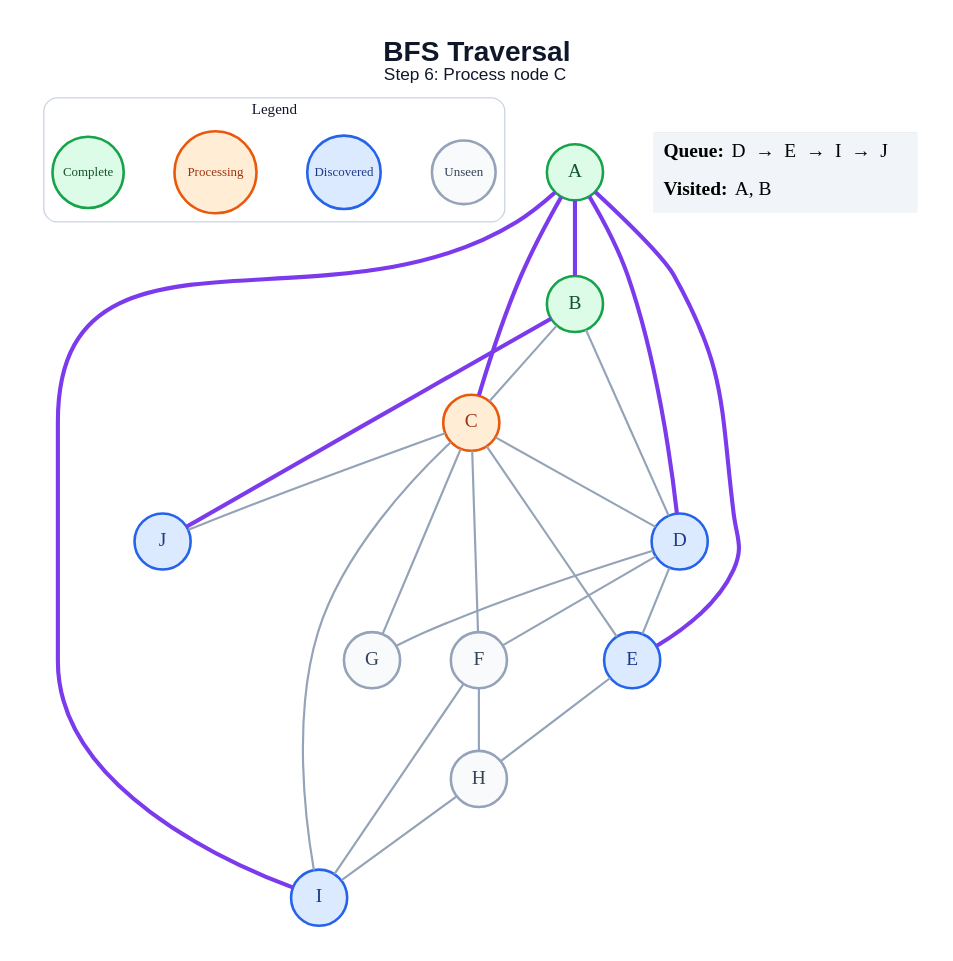
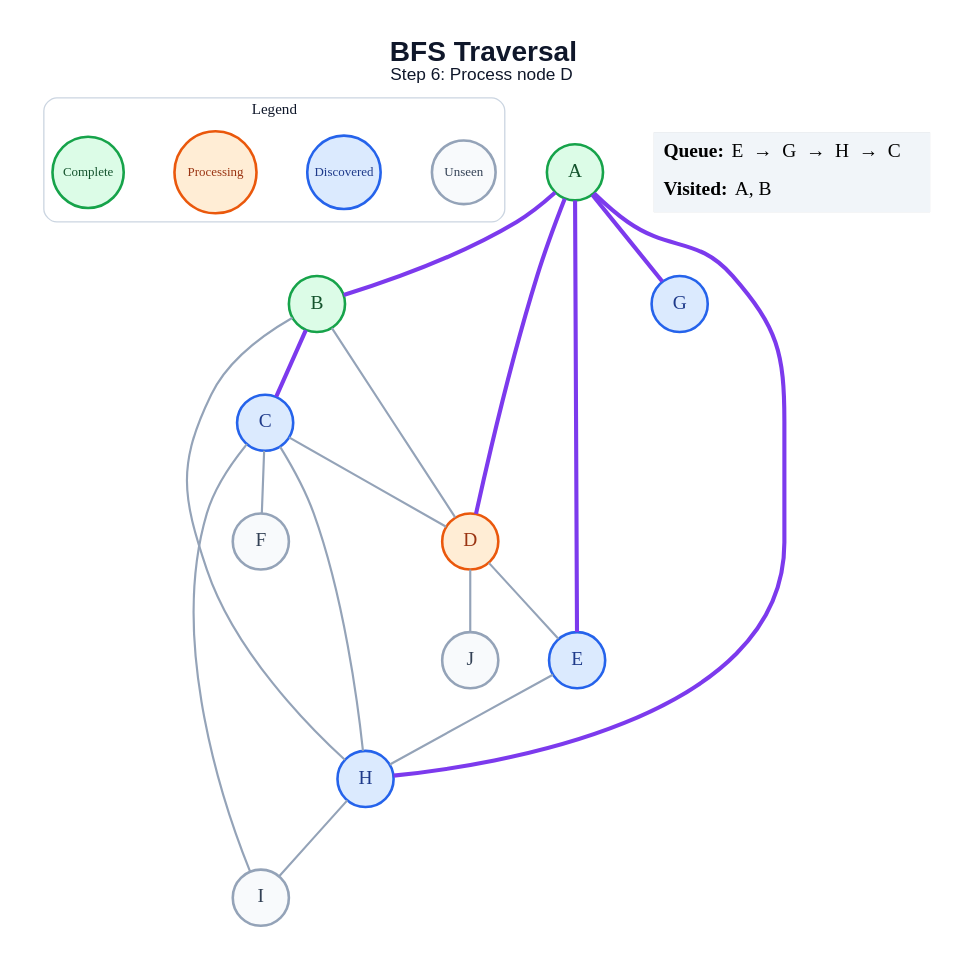
One commit to amanghodawala9/ai-slop changed the diagram in generated/bfs/step_06.dot. Above: the diagram before and after it, drawn with Graphviz. The commit also changed 178 other files, not shown here.

```diff
--- a/generated/bfs/step_06.dot
+++ b/generated/bfs/step_06.dot
@@ -1,50 +1,45 @@
 graph traversal {
   graph [layout=dot, rankdir=TB, bgcolor="#FFFFFF", pad="0.35", nodesep="0.65", ranksep="0.8", fontname="Arial"];
   node [shape=circle, style="filled", fontname="Arial Bold", fontsize=18, width=0.72, fixedsize=true, penwidth=2.4];
   edge [color="#94A3B8", penwidth=2.0];
-  label=<<B>BFS Traversal</B><BR/><FONT POINT-SIZE="16">Step 6: Process node C</FONT>>; labelloc="t"; fontsize=26; fontname="Arial"; fontcolor="#0F172A";
+  label=<<B>BFS Traversal</B><BR/><FONT POINT-SIZE="16">Step 6: Process node D</FONT>>; labelloc="t"; fontsize=26; fontname="Arial"; fontcolor="#0F172A";
   subgraph cluster_legend { label="Legend"; color="#CBD5E1"; penwidth=1.2; style="rounded"; fontsize=14; fontname="Arial Bold";
     key_unseen [label="Unseen", fillcolor="#F8FAFC", color="#94A3B8", fontcolor="#334155", fontsize=12, width=0.82];
     key_frontier [label="Discovered", fillcolor="#DBEAFE", color="#2563EB", fontcolor="#1E3A8A", fontsize=12, width=0.95];
     key_current [label="Processing", fillcolor="#FFEDD5", color="#EA580C", fontcolor="#9A3412", fontsize=12, width=1.05];
     key_done [label="Complete", fillcolor="#DCFCE7", color="#16A34A", fontcolor="#14532D", fontsize=12, width=0.92];
     { rank=same; key_unseen; key_frontier; key_current; key_done; }
   }
   A [fillcolor="#DCFCE7", color="#16A34A", fontcolor="#14532D"];
   B [fillcolor="#DCFCE7", color="#16A34A", fontcolor="#14532D"];
-  C [fillcolor="#FFEDD5", color="#EA580C", fontcolor="#9A3412"];
-  D [fillcolor="#DBEAFE", color="#2563EB", fontcolor="#1E3A8A"];
+  C [fillcolor="#DBEAFE", color="#2563EB", fontcolor="#1E3A8A"];
+  D [fillcolor="#FFEDD5", color="#EA580C", fontcolor="#9A3412"];
   E [fillcolor="#DBEAFE", color="#2563EB", fontcolor="#1E3A8A"];
   F [fillcolor="#F8FAFC", color="#94A3B8", fontcolor="#334155"];
-  G [fillcolor="#F8FAFC", color="#94A3B8", fontcolor="#334155"];
-  H [fillcolor="#F8FAFC", color="#94A3B8", fontcolor="#334155"];
-  I [fillcolor="#DBEAFE", color="#2563EB", fontcolor="#1E3A8A"];
-  J [fillcolor="#DBEAFE", color="#2563EB", fontcolor="#1E3A8A"];
+  G [fillcolor="#DBEAFE", color="#2563EB", fontcolor="#1E3A8A"];
+  H [fillcolor="#DBEAFE", color="#2563EB", fontcolor="#1E3A8A"];
+  I [fillcolor="#F8FAFC", color="#94A3B8", fontcolor="#334155"];
+  J [fillcolor="#F8FAFC", color="#94A3B8", fontcolor="#334155"];
   A -- B [color="#7C3AED", penwidth=3.8];
-  A -- C [color="#7C3AED", penwidth=3.8];
   A -- D [color="#7C3AED", penwidth=3.8];
   A -- E [color="#7C3AED", penwidth=3.8];
-  A -- I [color="#7C3AED", penwidth=3.8];
-  B -- C;
+  A -- G [color="#7C3AED", penwidth=3.8];
+  A -- H [color="#7C3AED", penwidth=3.8];
+  B -- C [color="#7C3AED", penwidth=3.8];
   B -- D;
-  B -- J [color="#7C3AED", penwidth=3.8];
+  B -- H;
   C -- D;
-  C -- E;
   C -- F;
-  C -- G;
+  C -- H;
   C -- I;
-  C -- J;
   D -- E;
-  D -- F;
-  D -- G;
+  D -- J;
   E -- H;
-  F -- H;
-  F -- I;
   H -- I;
   status [shape=plain, fixedsize=false, width=0, height=0, margin=0, label=<
     <TABLE BORDER="0" CELLBORDER="0" CELLPADDING="7" BGCOLOR="#F1F5F9">
-      <TR><TD ALIGN="LEFT"><B>Queue:</B> D  →  E  →  I  →  J</TD></TR>
+      <TR><TD ALIGN="LEFT"><B>Queue:</B> E  →  G  →  H  →  C</TD></TR>
       <TR><TD ALIGN="LEFT"><B>Visited:</B> A, B</TD></TR>
     </TABLE>
   >];
 }
```
